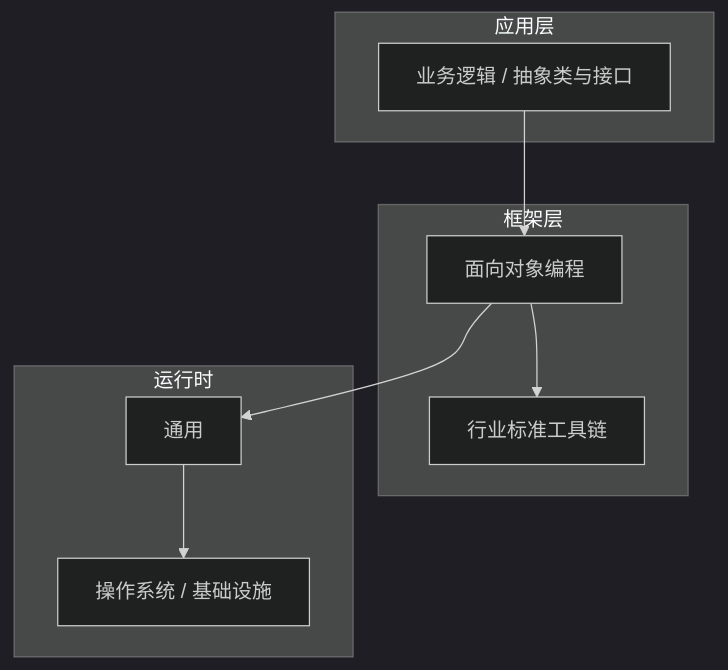
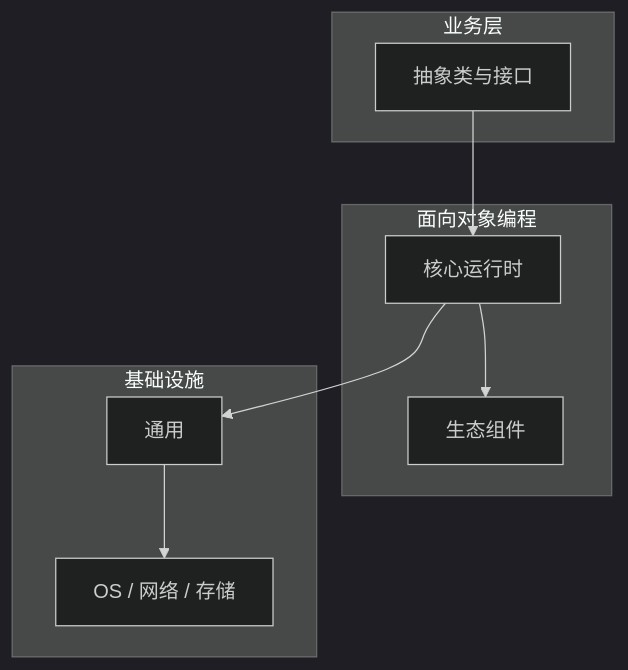
The diagram in articles/面向对象编程/chapters/031-抽象类与接口核心概念与原理.md (yanggan2015/knowledge-json-v2), drawn with Mermaid (dark theme) before and after one commit. The commit also changed other lines of this file and 10127 other files, not shown here.

````diff
--- a/articles/面向对象编程/chapters/031-抽象类与接口核心概念与原理.md
+++ b/articles/面向对象编程/chapters/031-抽象类与接口核心概念与原理.md
@@ -45,18 +34,18 @@
 ```mermaid
 graph TB
-    subgraph 应用层
-        A[业务逻辑 / 抽象类与接口]
+    subgraph 业务层
+        A[抽象类与接口]
     end
-    subgraph 框架层
-        B[面向对象编程]
-        C[行业标准工具链]
+    subgraph 面向对象编程
+        B[核心运行时]
+        C[生态组件]
     end
-    subgraph 运行时
+    subgraph 基础设施
         D[通用]
-        E[操作系统 / 基础设施]
+        E[OS / 网络 / 存储]
     end
     A --> B
     B --> C
     B --> D
     D --> E
 ```
````
